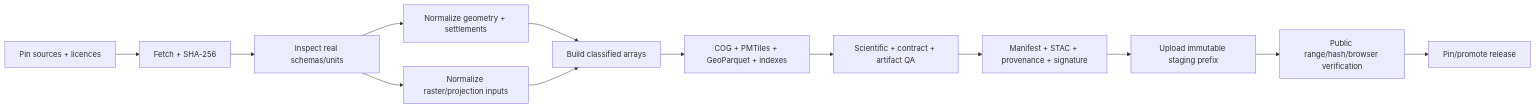
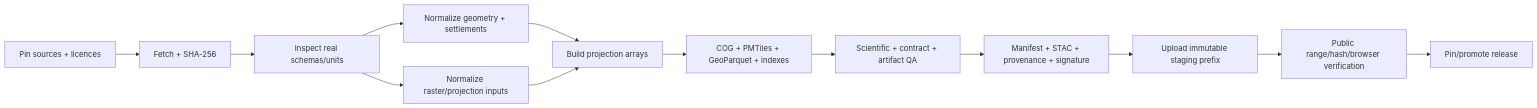
The diagram in docs/architecture/16-geospatial-data-pipeline.md (artemsemdev/SeaRise-Europe), drawn with Mermaid before and after one commit. The commit also changed other lines of this file and 1 other file, not shown here.

````diff
--- a/docs/architecture/16-geospatial-data-pipeline.md
+++ b/docs/architecture/16-geospatial-data-pipeline.md
@@ -15,15 +15,15 @@
 ```mermaid
 flowchart LR
     Pin["Pin sources + licences"] --> Fetch["Fetch + SHA-256"]
     Fetch --> Inspect["Inspect real schemas/units"]
     Inspect --> Geo["Normalize geometry + settlements"]
     Inspect --> Raster["Normalize raster/projection inputs"]
-    Geo --> Compute["Build classified arrays"]
+    Geo --> Compute["Build projection arrays"]
     Raster --> Compute
     Compute --> Pack["COG + PMTiles + GeoParquet + indexes"]
     Pack --> QA["Scientific + contract + artifact QA"]
     QA --> Metadata["Manifest + STAC + provenance + signature"]
     Metadata --> Stage["Upload immutable staging prefix"]
     Stage --> Verify["Public range/hash/browser verification"]
     Verify --> Promote["Pin/promote release"]
 ```
````
